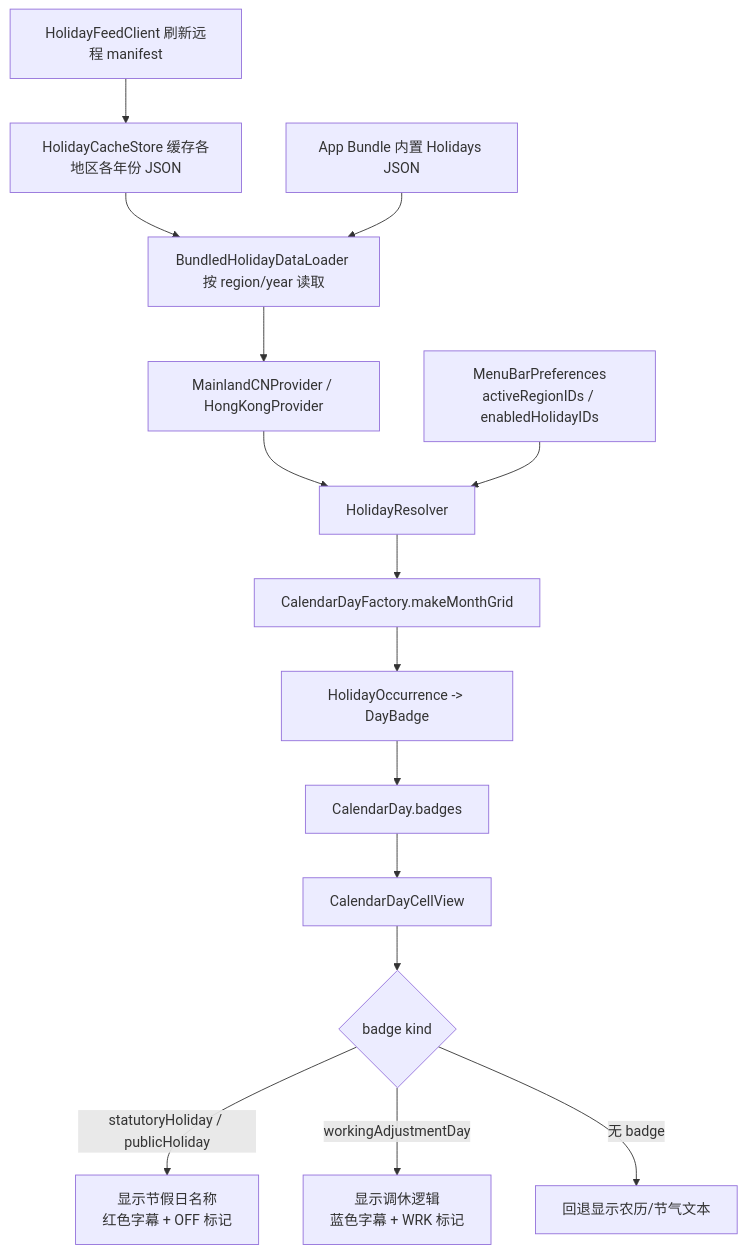
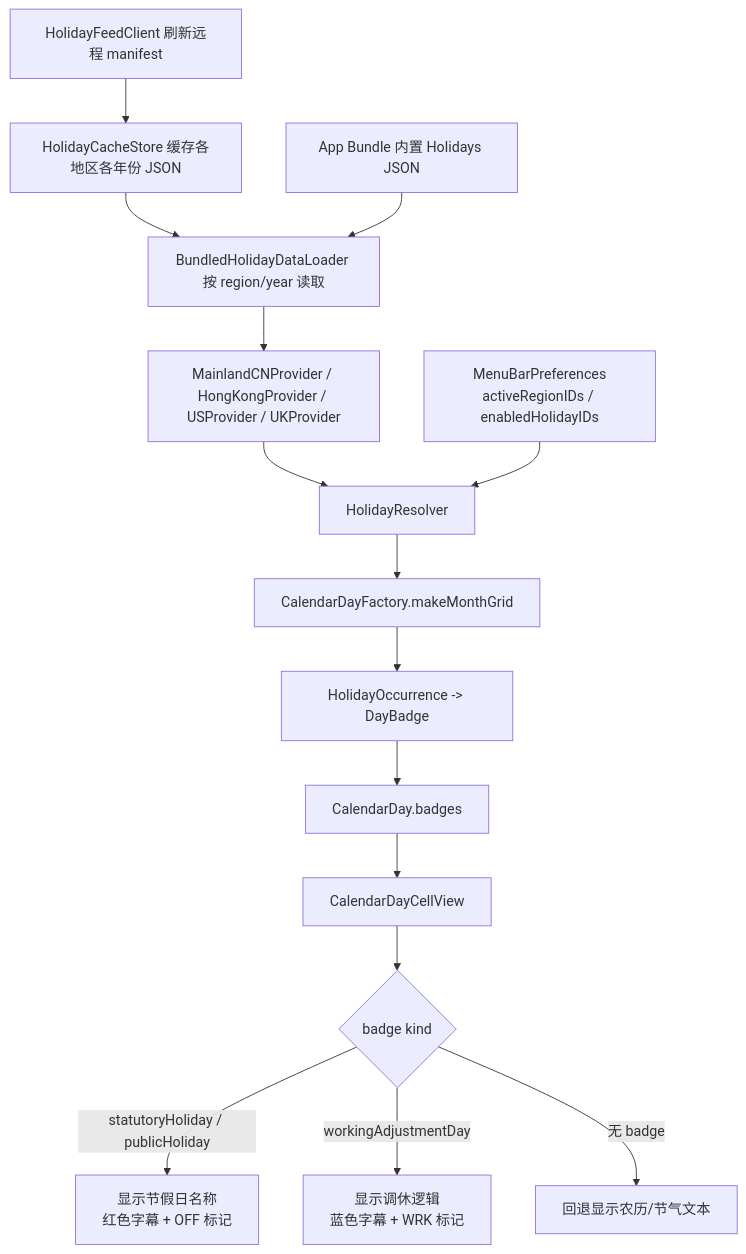
The diagram in README.md (yelog/calendar-pro), drawn with Mermaid before and after one commit. The commit also changed other lines of this file, not shown here.

````diff
--- a/README.md
+++ b/README.md
@@ -78,17 +88,17 @@
 ```mermaid
 flowchart TD
     A[HolidayFeedClient 刷新远程 manifest] --> B[HolidayCacheStore 缓存各地区各年份 JSON]
     B --> C[BundledHolidayDataLoader 按 region/year 读取]
     D[App Bundle 内置 Holidays JSON] --> C
-    C --> E[MainlandCNProvider / HongKongProvider]
+    C --> E[MainlandCNProvider / HongKongProvider / USProvider / UKProvider]
     E --> F[HolidayResolver]
     G[MenuBarPreferences\nactiveRegionIDs / enabledHolidayIDs] --> F
     F --> H[CalendarDayFactory.makeMonthGrid]
     H --> I[HolidayOccurrence -> DayBadge]
     I --> J[CalendarDay.badges]
     J --> K[CalendarDayCellView]
     K --> L{badge kind}
     L -->|statutoryHoliday / publicHoliday| M[显示节假日名称\n红色字幕 + OFF 标记]
     L -->|workingAdjustmentDay| N[显示调休逻辑\n蓝色字幕 + WRK 标记]
     L -->|无 badge| O[回退显示农历/节气文本]
 ```
````
